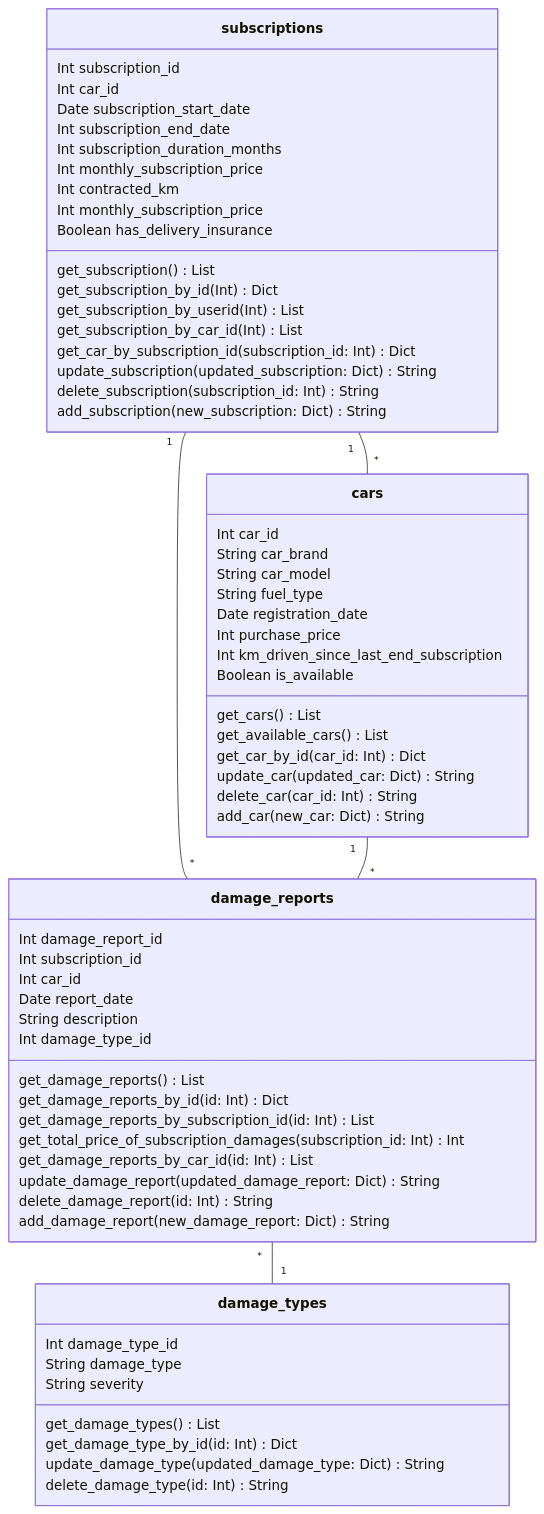
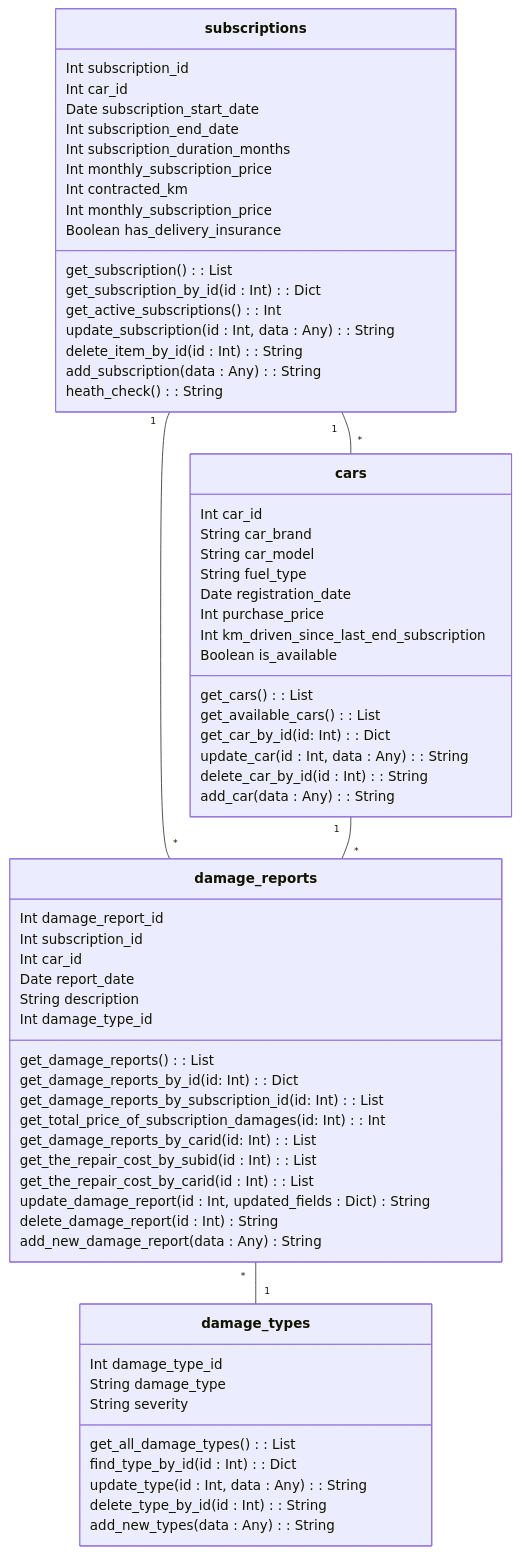
The first of 2 diagrams in profile/README.md (Bilabonnement-eksamensopgave-2024/.github), drawn with Mermaid before and after one commit.

Commit message:
updated domain model

````diff
--- a/profile/README.md
+++ b/profile/README.md
@@ -45,71 +45,73 @@
 ```mermaid
 classDiagram
     class subscriptions {
         Int subscription_id
         Int car_id
         Date subscription_start_date
         Int subscription_end_date
         Int subscription_duration_months
         Int monthly_subscription_price
         Int contracted_km
         Int monthly_subscription_price
         Boolean has_delivery_insurance
-        get_subscription() List
-        get_subscription_by_id(Int) Dict
-        get_subscription_by_userid(Int) List
-        get_subscription_by_car_id(Int) List
-        get_car_by_subscription_id(subscription_id: Int) Dict
-        update_subscription(updated_subscription: Dict) String
-        delete_subscription(subscription_id: Int) String
-        add_subscription(new_subscription: Dict) String
+        get_subscription() : List
+        get_subscription_by_id(id : Int) : Dict
+        get_active_subscriptions() : Int
+        update_subscription(id : Int, data : Any) : String
+        delete_item_by_id(id : Int) : String
+        add_subscription(data : Any) : String
+        heath_check() : String
     }
 
     class cars {
         Int car_id
         String car_brand
         String car_model
         String fuel_type
         Date registration_date
         Int purchase_price
         Int km_driven_since_last_end_subscription
         Boolean is_available
-        get_cars() List
-        get_available_cars() List
-        get_car_by_id(car_id: Int) Dict
-        update_car(updated_car: Dict) String
-        delete_car(car_id: Int) String
-        add_car(new_car: Dict) String
+        get_cars() : List
+        get_available_cars() : List
+        get_car_by_id(id: Int) : Dict
+        update_car(id : Int, data : Any) : String
+        delete_car_by_id(id : Int) : String
+        add_car(data : Any) : String
     }
 
     class damage_reports {
         Int damage_report_id
         Int subscription_id
         Int car_id
         Date report_date
         String description
         Int damage_type_id
-        get_damage_reports() List
-        get_damage_reports_by_id(id: Int) Dict
-        get_damage_reports_by_subscription_id(id: Int) List
-        get_total_price_of_subscription_damages(subscription_id: Int) Int
-        get_damage_reports_by_car_id(id: Int) List
-        update_damage_report(updated_damage_report: Dict) String
-        delete_damage_report(id: Int) String
-        add_damage_report(new_damage_report: Dict) String
+        get_damage_reports() : List
+        get_damage_reports_by_id(id: Int) : Dict
+        get_damage_reports_by_subscription_id(id: Int) : List
+        get_total_price_of_subscription_damages(id: Int) : Int
+        get_damage_reports_by_carid(id: Int) : List
+        get_the_repair_cost_by_subid(id : Int) : List
+        get_the_repair_cost_by_carid(id : Int) : List
+        update_damage_report(id : Int, updated_fields : Dict) String
+        delete_damage_report(id : Int) String
+        add_new_damage_report(data : Any) String
     }
 
     class damage_types {
         Int damage_type_id
         String damage_type
         String severity
-        get_damage_types() List
-        get_damage_type_by_id(id: Int) Dict
-        update_damage_type(updated_damage_type: Dict) String
-        delete_damage_type(id: Int) String
+        get_all_damage_types() : List
+        find_type_by_id(id : Int) : Dict
+        update_type(id : Int, data : Any) : String
+        delete_type_by_id(id : Int) : String
+        add_new_types(data : Any) : String
     }
 
     subscriptions "1" -- "*" cars
     damage_reports "*" -- "1" damage_types
     subscriptions "1" -- "*" damage_reports
     cars "1" -- "*" damage_reports
 ```
````
